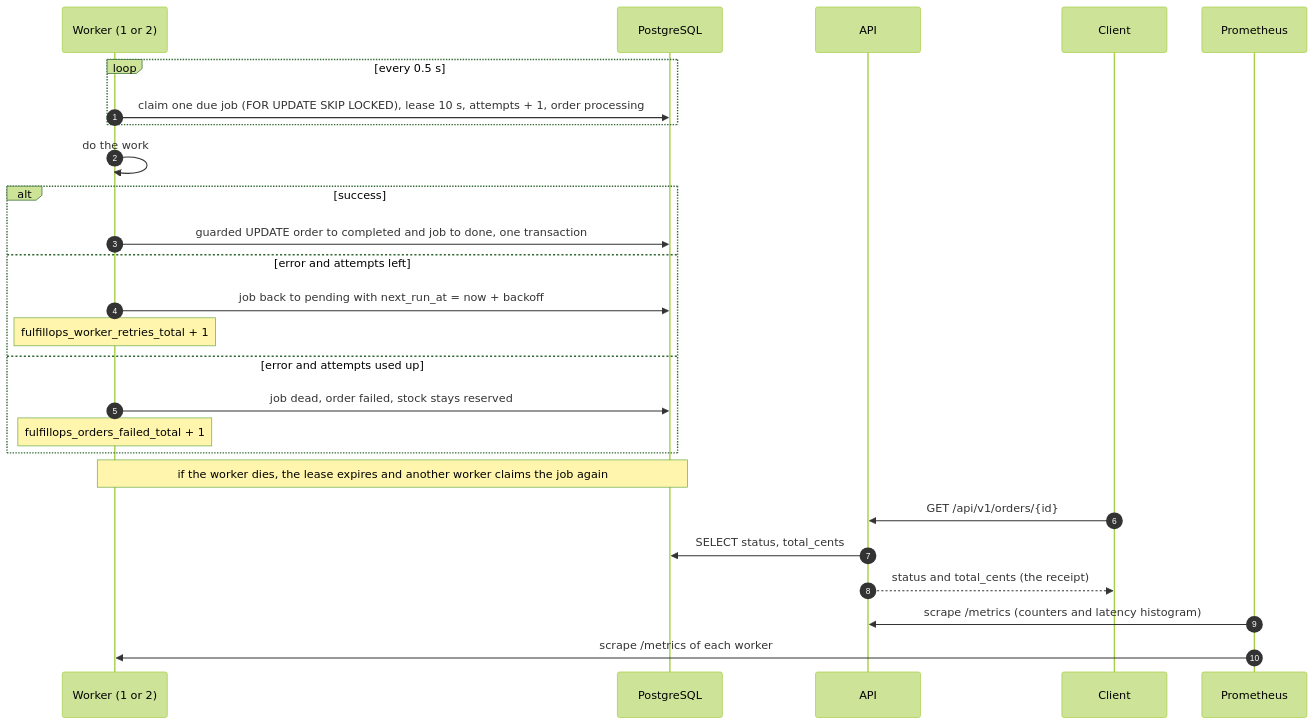
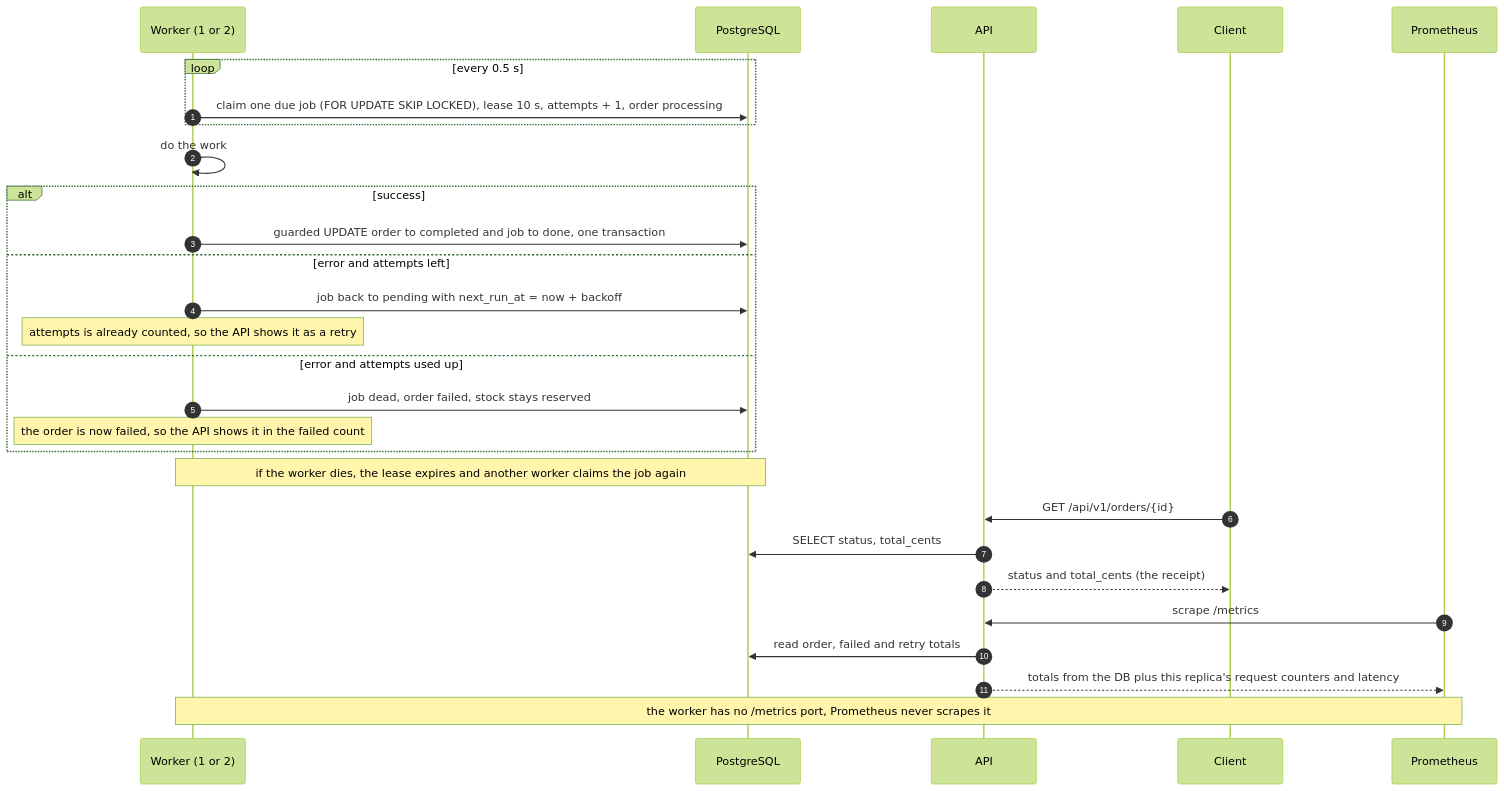
The second of 2 diagrams in docs/ADR-001.md (Evelynval-w/FulfillOps), drawn with Mermaid (forest theme) before and after one commit. The commit also changed other lines of this file, not shown here.

Commit message:
docs: ADR-001 metrics come from the database, no worker /metrics

````diff
--- a/docs/ADR-001.md
+++ b/docs/ADR-001.md
@@ -192,29 +192,31 @@
 ```mermaid
 sequenceDiagram
     autonumber
     participant W as Worker (1 or 2)
     participant DB as PostgreSQL
     participant A as API
     participant C as Client
     participant P as Prometheus
 
     loop every 0.5 s
         W->>DB: claim one due job (FOR UPDATE SKIP LOCKED), lease 10 s, attempts + 1, order processing
     end
     W->>W: do the work
     alt success
         W->>DB: guarded UPDATE order to completed and job to done, one transaction
     else error and attempts left
         W->>DB: job back to pending with next_run_at = now + backoff
-        Note over W: fulfillops_worker_retries_total + 1
+        Note over W: attempts is already counted, so the API shows it as a retry
     else error and attempts used up
         W->>DB: job dead, order failed, stock stays reserved
-        Note over W: fulfillops_orders_failed_total + 1
+        Note over W: the order is now failed, so the API shows it in the failed count
     end
     Note over W,DB: if the worker dies, the lease expires and another worker claims the job again
     C->>A: GET /api/v1/orders/{id}
     A->>DB: SELECT status, total_cents
     A-->>C: status and total_cents (the receipt)
-    P->>A: scrape /metrics (counters and latency histogram)
-    P->>W: scrape /metrics of each worker
+    P->>A: scrape /metrics
+    A->>DB: read order, failed and retry totals
+    A-->>P: totals from the DB plus this replica's request counters and latency
+    Note over W,P: the worker has no /metrics port, Prometheus never scrapes it
 ```
````
